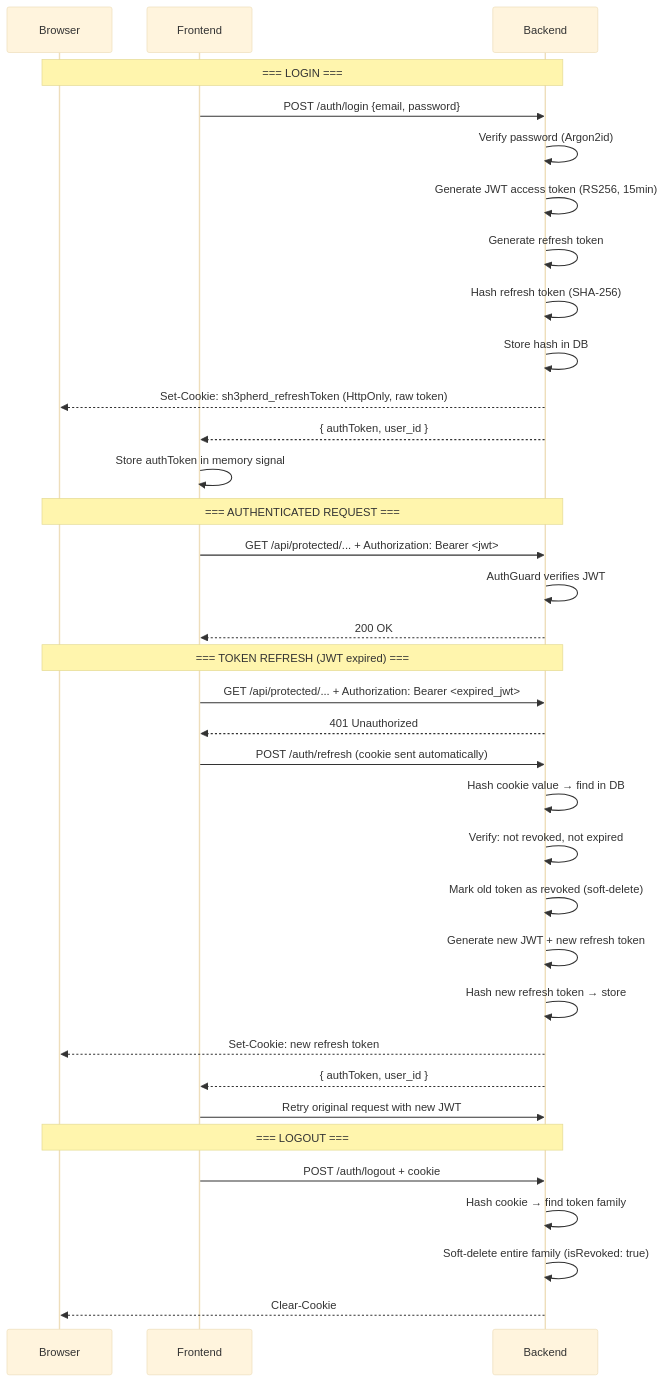
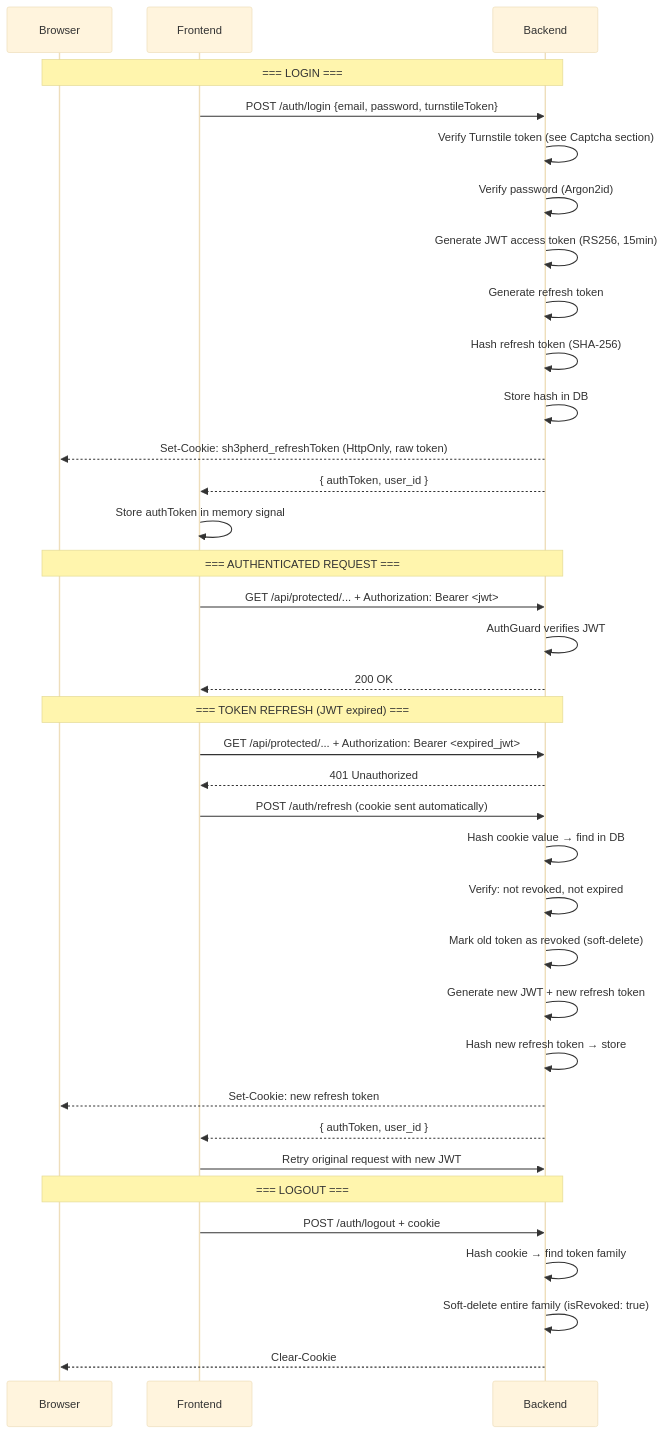
Before and after one commit to hugoheynard/SH3PERD: the second of 9 diagrams in apps/backend/documentation/sh3-auth-system.md, drawn with Mermaid (base theme). The commit also changed other lines of this file and 2 other files, not shown here.

First line of the commit message:
docs(auth): refresh docs for captcha landing + lock Resend as mailer

````diff
--- a/apps/backend/documentation/sh3-auth-system.md
+++ b/apps/backend/documentation/sh3-auth-system.md
@@ -53,41 +58,42 @@
 ```mermaid
 sequenceDiagram
     participant B as Browser
     participant F as Frontend
     participant A as Backend
 
     Note over B,A: === LOGIN ===
-    F->>A: POST /auth/login {email, password}
+    F->>A: POST /auth/login {email, password, turnstileToken}
+    A->>A: Verify Turnstile token (see Captcha section)
     A->>A: Verify password (Argon2id)
     A->>A: Generate JWT access token (RS256, 15min)
     A->>A: Generate refresh token
     A->>A: Hash refresh token (SHA-256)
     A->>A: Store hash in DB
     A-->>B: Set-Cookie: sh3pherd_refreshToken (HttpOnly, raw token)
     A-->>F: { authToken, user_id }
     F->>F: Store authToken in memory signal
 
     Note over B,A: === AUTHENTICATED REQUEST ===
     F->>A: GET /api/protected/... + Authorization: Bearer <jwt>
     A->>A: AuthGuard verifies JWT
     A-->>F: 200 OK
 
     Note over B,A: === TOKEN REFRESH (JWT expired) ===
     F->>A: GET /api/protected/... + Authorization: Bearer <expired_jwt>
     A-->>F: 401 Unauthorized
     F->>A: POST /auth/refresh (cookie sent automatically)
     A->>A: Hash cookie value → find in DB
     A->>A: Verify: not revoked, not expired
     A->>A: Mark old token as revoked (soft-delete)
     A->>A: Generate new JWT + new refresh token
     A->>A: Hash new refresh token → store
     A-->>B: Set-Cookie: new refresh token
     A-->>F: { authToken, user_id }
     F->>A: Retry original request with new JWT
 
     Note over B,A: === LOGOUT ===
     F->>A: POST /auth/logout + cookie
     A->>A: Hash cookie → find token family
     A->>A: Soft-delete entire family (isRevoked: true)
     A-->>B: Clear-Cookie
 ```
````
